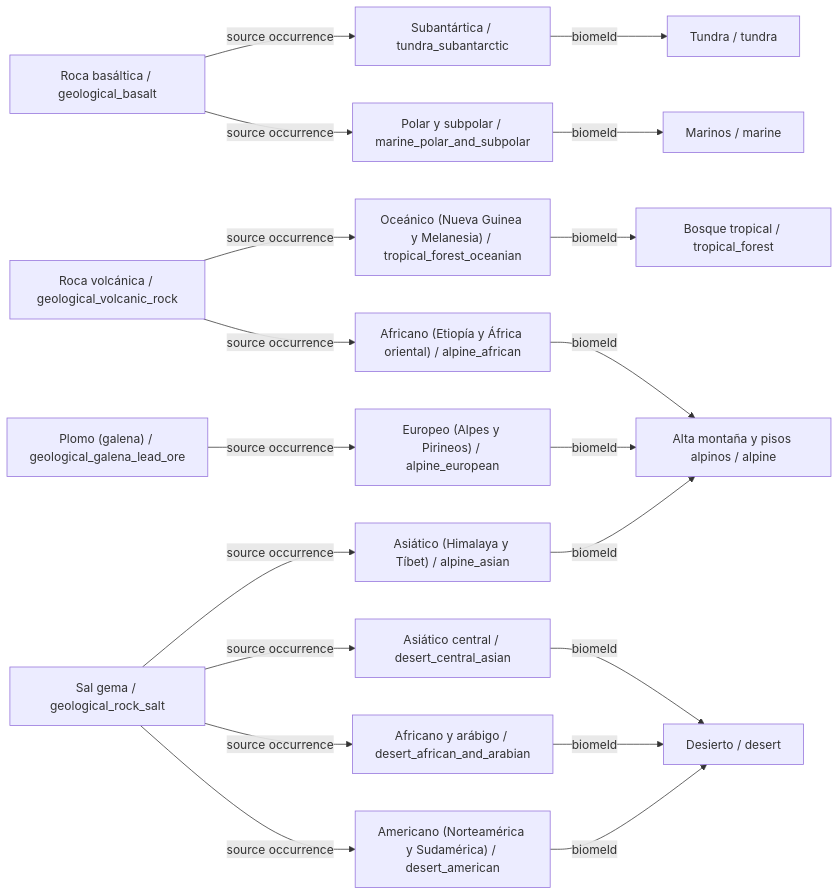
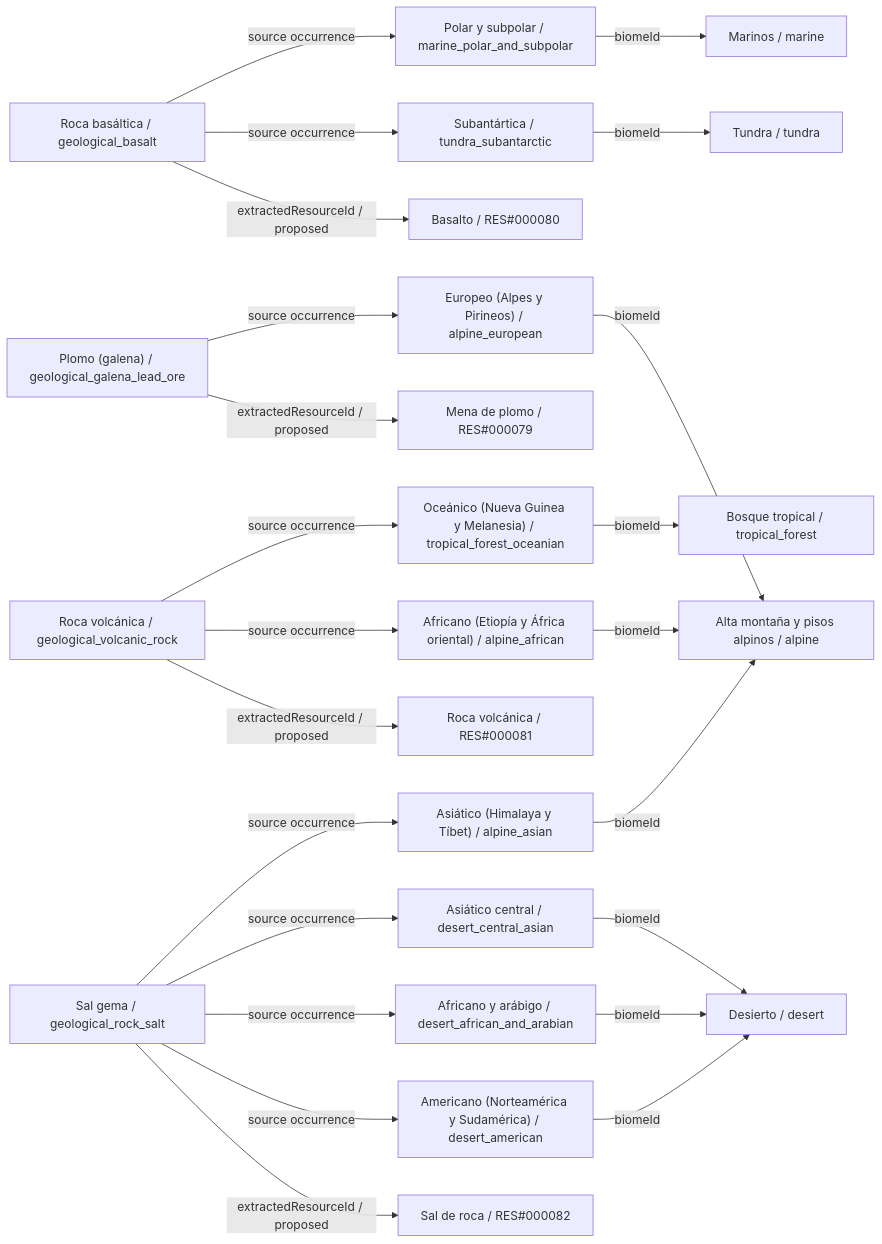
One commit to fgabo404/EvolveDoc changed diagram 12 of 15 in data/minerals/DIAGRAMS.es.md. Above: the diagram before and after it, drawn with Mermaid. The commit also changed other lines of this file and 50 other files, not shown here.

````diff
--- a/data/minerals/DIAGRAMS.es.md
+++ b/data/minerals/DIAGRAMS.es.md
@@ -698,39 +786,47 @@
 ```mermaid
 flowchart LR
     c0["Plomo (galena) / geological_galena_lead_ore"]
     v25["Europeo (Alpes y Pirineos) / alpine_european"]
     b6["Alta montaña y pisos alpinos / alpine"]
+    r0["Mena de plomo / RES#000079"]
     c1["Roca basáltica / geological_basalt"]
     v10["Subantártica / tundra_subantarctic"]
     b2["Tundra / tundra"]
     v21["Polar y subpolar / marine_polar_and_subpolar"]
     b5["Marinos / marine"]
+    r1["Basalto / RES#000080"]
     c2["Roca volcánica / geological_volcanic_rock"]
     v3["Oceánico (Nueva Guinea y Melanesia) / tropical_forest_oceanian"]
     b0["Bosque tropical / tropical_forest"]
     v26["Africano (Etiopía y África oriental) / alpine_african"]
+    r2["Roca volcánica / RES#000081"]
     c3["Sal gema / geological_rock_salt"]
     v15["Americano (Norteamérica y Sudamérica) / desert_american"]
     b4["Desierto / desert"]
     v16["Africano y arábigo / desert_african_and_arabian"]
     v17["Asiático central / desert_central_asian"]
     v24["Asiático (Himalaya y Tíbet) / alpine_asian"]
+    r3["Sal de roca / RES#000082"]
+    c0 -->|extractedResourceId / proposed| r0
     c0 -->|source occurrence| v25
+    c1 -->|extractedResourceId / proposed| r1
     c1 -->|source occurrence| v10
     c1 -->|source occurrence| v21
+    c2 -->|extractedResourceId / proposed| r2
     c2 -->|source occurrence| v26
     c2 -->|source occurrence| v3
+    c3 -->|extractedResourceId / proposed| r3
     c3 -->|source occurrence| v15
     c3 -->|source occurrence| v16
     c3 -->|source occurrence| v17
     c3 -->|source occurrence| v24
     v10 -->|biomeId| b2
     v15 -->|biomeId| b4
     v16 -->|biomeId| b4
     v17 -->|biomeId| b4
     v21 -->|biomeId| b5
     v24 -->|biomeId| b6
     v25 -->|biomeId| b6
     v26 -->|biomeId| b6
     v3 -->|biomeId| b0
 ```
````
